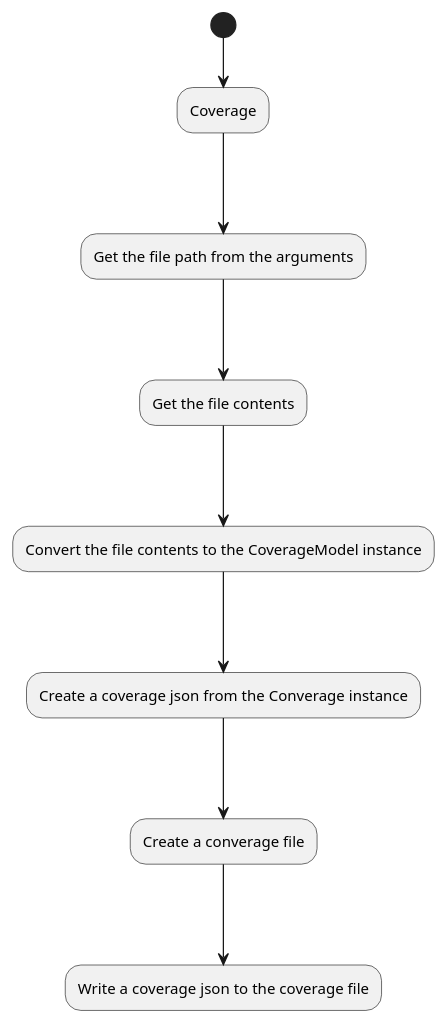
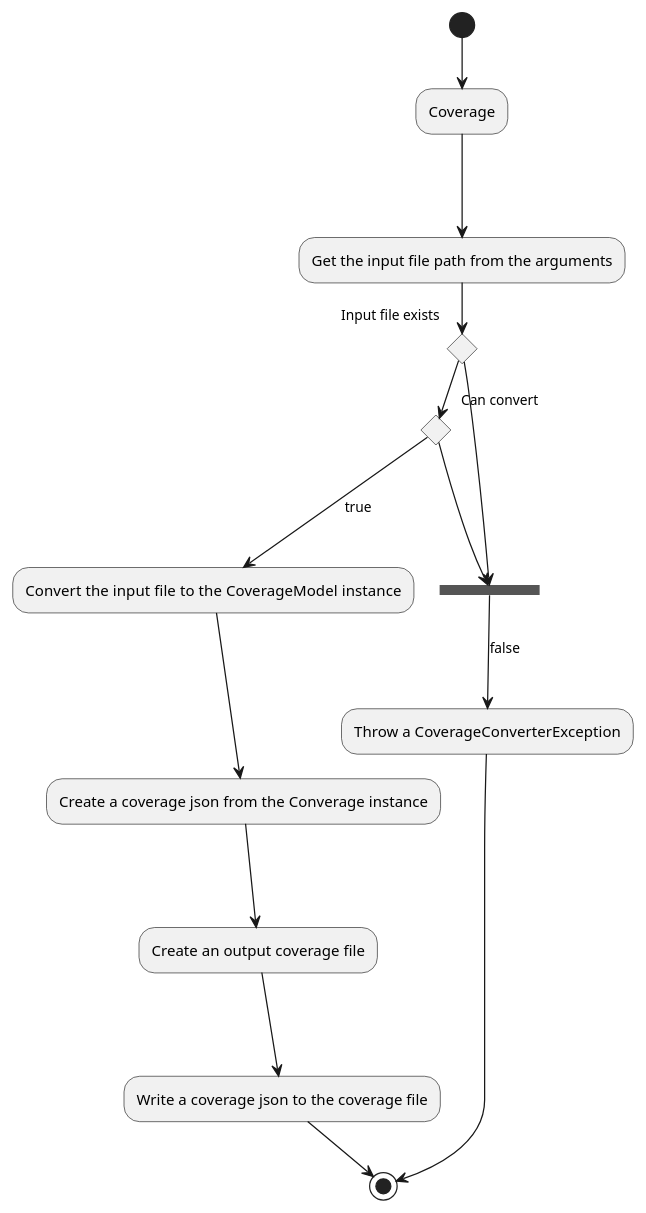
Before and after one commit to Flank/flank-dashboard: the diagram in metrics/coverage_converter/docs/diagrams/coverage_conversion_activity.puml, drawn with PlantUML. The commit also changed 5 other files, not shown here.

```diff
--- a/metrics/coverage_converter/docs/diagrams/coverage_conversion_activity.puml
+++ b/metrics/coverage_converter/docs/diagrams/coverage_conversion_activity.puml
@@ -1,11 +1,23 @@
 @startuml coverage_conversion_activity 
 
 (*) --> Coverage
----> "Get the file path from the arguments"
----> "Get the file contents"
----> "Convert the file contents to the CoverageModel instance"
+---> "Get the input file path from the arguments"
+if "Input file exists" then
+if "Can convert" then
+---> [true] "Convert the input file  to the CoverageModel instance"
 ---> "Create a coverage json from the Converage instance"
----> "Create a converage file"
+---> "Create an output coverage file"
 ---> "Write a coverage json to the coverage file"
+--> (*)
+
+else 
+---> ===EXCEPTION===
+--> [false] "Throw a CoverageConverterException"
+--> (*)
+endif
+
+else 
+---> ===EXCEPTION===
+endif
 
 @enduml
```
